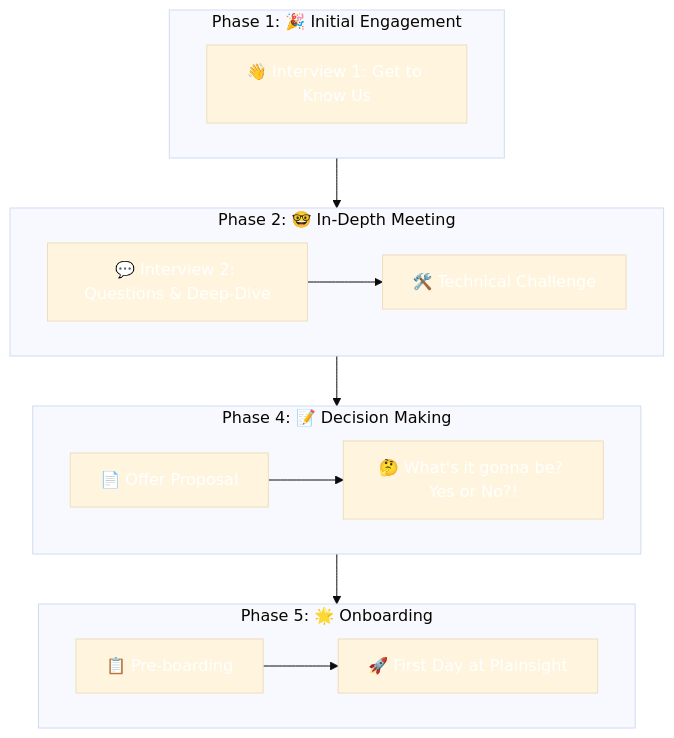
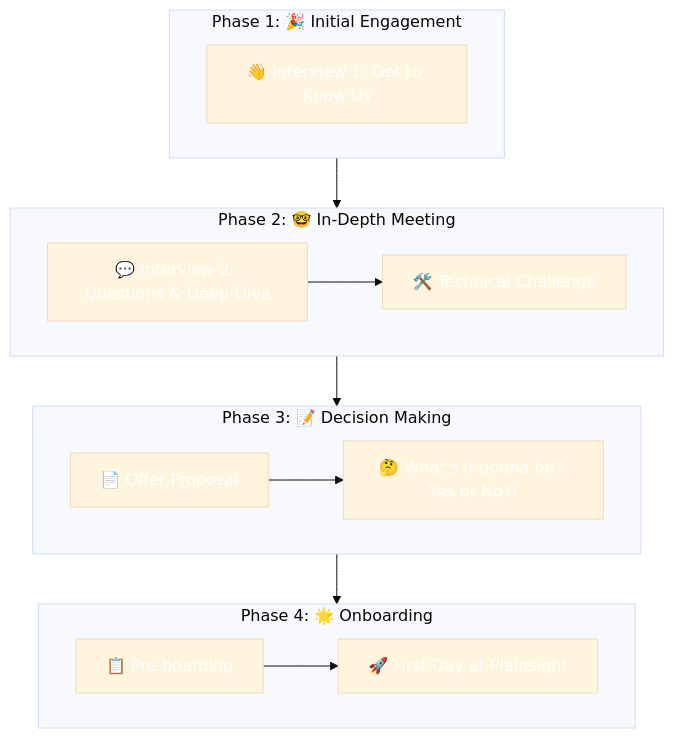
The diagram in docs/people-ops/pre-boarding-and-hiring.md (PlainsightPro/Vision-Playbook), drawn with Mermaid before and after one commit. The commit also changed 1 other file, not shown here.

Commit message:
Small updates to location & stages.

````diff
--- a/docs/people-ops/pre-boarding-and-hiring.md
+++ b/docs/people-ops/pre-boarding-and-hiring.md
@@ -10,28 +10,28 @@
 ```mermaid
 %%{init: { "theme": "base", "themeVariables": { "primaryTextColor": "#FFFFFF" } } }%%
 graph TB;
     subgraph A[Phase 1: 🎉 Initial Engagement]
         A1[👋 Interview 1: Get to Know Us]
     end
     
     subgraph B[Phase 2: 🤓 In-Depth Meeting]
         direction LR
         B1[💬 Interview 2: Questions & Deep-Dive] 
         B2[🛠️ Technical Challenge]
     end
 
-    subgraph C[Phase 4: 📝 Decision Making]
+    subgraph C[Phase 3: 📝 Decision Making]
         direction LR
         C1[📄 Offer Proposal] --> C2[🤔 What's it gonna be? Yes or No?!]
     end
 
-    subgraph D[Phase 5: 🌟 Onboarding]
+    subgraph D[Phase 4: 🌟 Onboarding]
         direction LR
         D1[📋 Pre-boarding] --> D2[🚀 First Day at Plainsight]
     end
 
     A --> B --> C --> D
     B1 --> B2
     
     classDef outerBox fill:#D5693A,stroke:#BD5428,stroke-width:1px,color:#FFFFFF;
 ```
````
